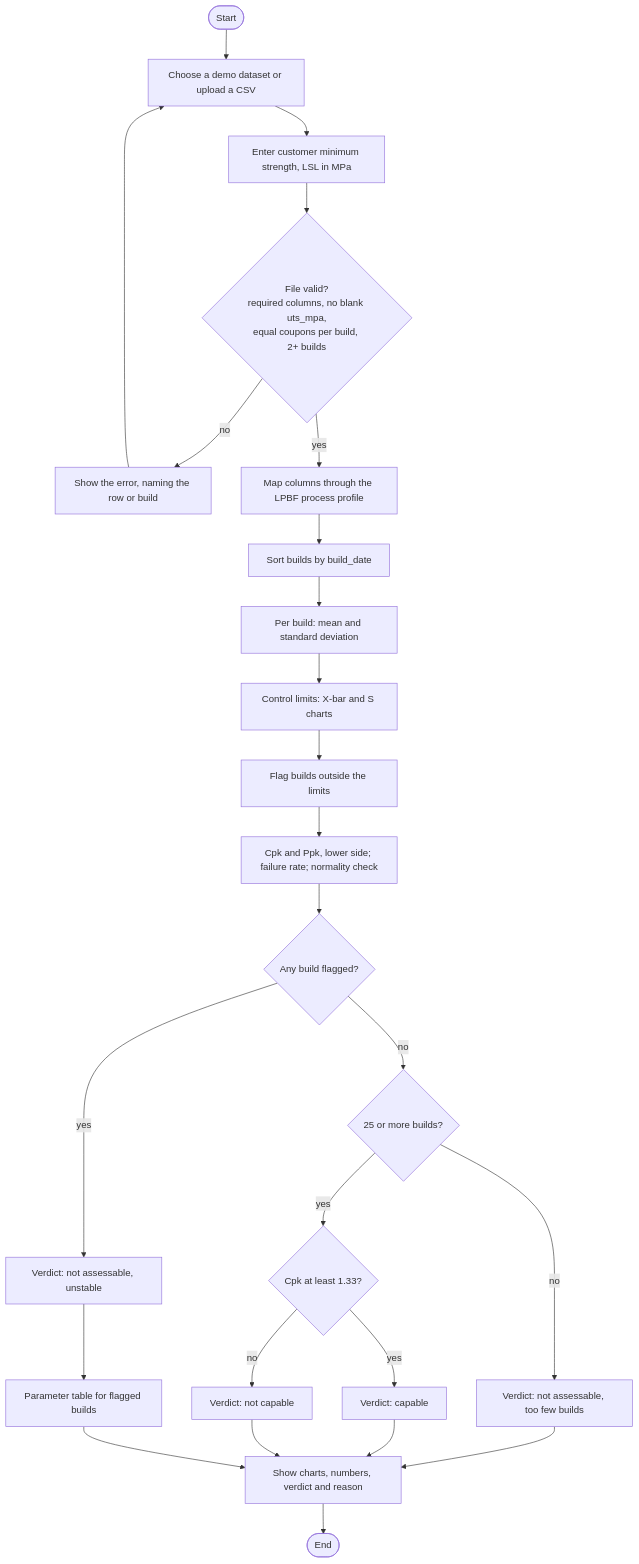
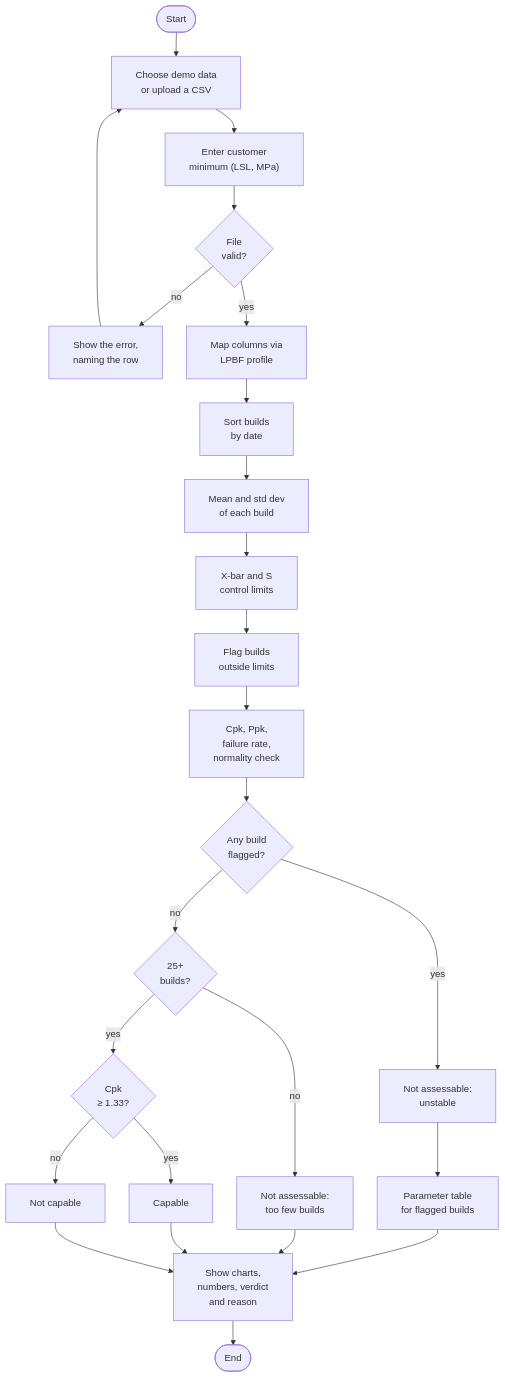
Before and after one commit to zaurbabayev222/team-sigma: the second of 5 diagrams in docs/architecture.md, drawn with Mermaid. The commit also changed other lines of this file, not shown here.

Commit message:
docs/architecture.md: shorter labels so text fits the diagram blocks

````diff
--- a/docs/architecture.md
+++ b/docs/architecture.md
@@ -48,26 +49,28 @@
 ```mermaid
+%%{init: {"flowchart": {"padding": 20, "nodeSpacing": 40, "rankSpacing": 40}}}%%
 flowchart TD
-    S([Start]) --> A1[Choose a demo dataset or upload a CSV]
-    A1 --> A2[Enter customer minimum strength, LSL in MPa]
-    A2 --> D1{File valid?<br/>required columns, no blank uts_mpa,<br/>equal coupons per build, 2+ builds}
-    D1 -- no --> E1[Show the error, naming the row or build] --> A1
-    D1 -- yes --> A3[Map columns through the LPBF process profile]
-    A3 --> A4[Sort builds by build_date]
-    A4 --> A5[Per build: mean and standard deviation]
-    A5 --> A6[Control limits: X-bar and S charts]
-    A6 --> A7[Flag builds outside the limits]
-    A7 --> A8[Cpk and Ppk, lower side; failure rate; normality check]
-    A8 --> D2{Any build flagged?}
-    D2 -- yes --> V1[Verdict: not assessable, unstable]
-    D2 -- no --> D3{25 or more builds?}
-    D3 -- no --> V2[Verdict: not assessable, too few builds]
-    D3 -- yes --> D4{Cpk at least 1.33?}
-    D4 -- yes --> V3[Verdict: capable]
-    D4 -- no --> V4[Verdict: not capable]
-    V1 --> A9[Parameter table for flagged builds]
+    S([Start]) --> A1["Choose demo data<br>or upload a CSV"]
+    A1 --> A2["Enter customer<br>minimum (LSL, MPa)"]
+    A2 --> D1{"File<br>valid?"}
+    D1 -- no --> E1["Show the error,<br>naming the row"]
+    E1 --> A1
+    D1 -- yes --> A3["Map columns via<br>LPBF profile"]
+    A3 --> A4["Sort builds<br>by date"]
+    A4 --> A5["Mean and std dev<br>of each build"]
+    A5 --> A6["X-bar and S<br>control limits"]
+    A6 --> A7["Flag builds<br>outside limits"]
+    A7 --> A8["Cpk, Ppk,<br>failure rate,<br>normality check"]
+    A8 --> D2{"Any build<br>flagged?"}
+    D2 -- yes --> V1["Not assessable:<br>unstable"]
+    D2 -- no --> D3{"25+<br>builds?"}
+    D3 -- no --> V2["Not assessable:<br>too few builds"]
+    D3 -- yes --> D4{"Cpk<br>≥ 1.33?"}
+    D4 -- yes --> V3["Capable"]
+    D4 -- no --> V4["Not capable"]
+    V1 --> A9["Parameter table<br>for flagged builds"]
+    A9 --> A10["Show charts,<br>numbers, verdict<br>and reason"]
     V2 --> A10
     V3 --> A10
     V4 --> A10
-    A9 --> A10[Show charts, numbers, verdict and reason]
     A10 --> F([End])
 ```
````
